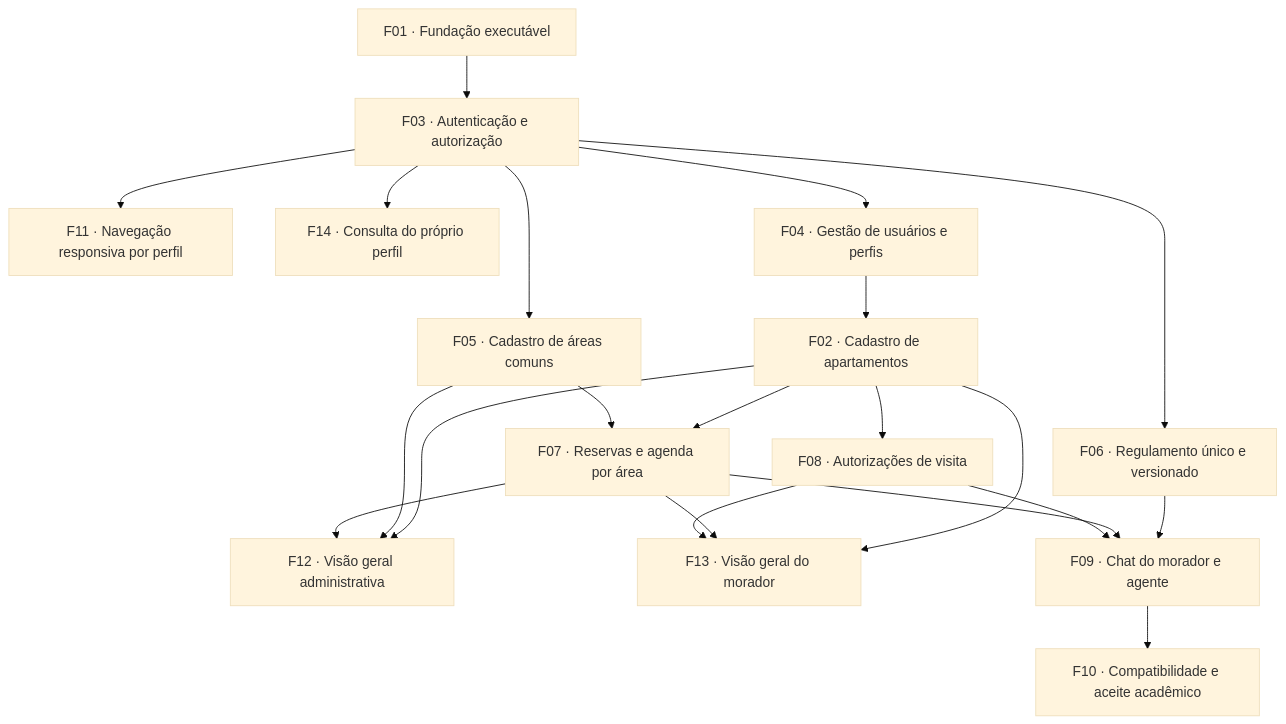
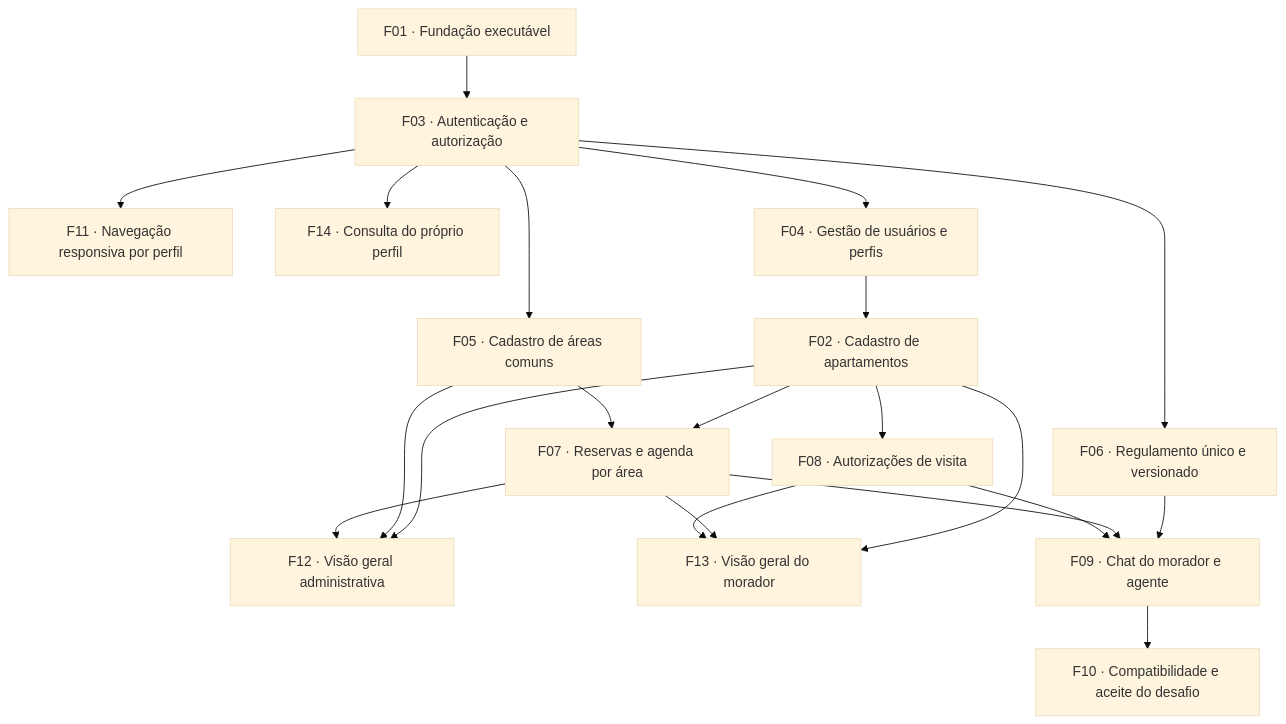
Before and after one commit to LucasBiason/mba-ia-desafio-criacao-agente: the diagram in docs/prd/index.md, drawn with Mermaid (base theme). The commit also changed other lines of this file and 493 other files, not shown here.

````diff
--- a/docs/prd/index.md
+++ b/docs/prd/index.md
@@ -141,37 +141,37 @@
 ```mermaid
 flowchart TD
     F11["F11 · Navegação responsiva por perfil"]
     F12["F12 · Visão geral administrativa"]
     F13["F13 · Visão geral do morador"]
     F14["F14 · Consulta do próprio perfil"]
     F01["F01 · Fundação executável"]
     F03["F03 · Autenticação e autorização"]
     F04["F04 · Gestão de usuários e perfis"]
     F05["F05 · Cadastro de áreas comuns"]
     F06["F06 · Regulamento único e versionado"]
     F02["F02 · Cadastro de apartamentos"]
     F07["F07 · Reservas e agenda por área"]
     F08["F08 · Autorizações de visita"]
     F09["F09 · Chat do morador e agente"]
-    F10["F10 · Compatibilidade e aceite acadêmico"]
+    F10["F10 · Compatibilidade e aceite do desafio"]
     F01 --> F03
     F03 --> F04
     F03 --> F05
     F03 --> F06
     F04 --> F02
     F02 --> F07
     F05 --> F07
     F02 --> F08
     F06 --> F09
     F07 --> F09
     F08 --> F09
     F09 --> F10
     F03 --> F14
     F02 --> F13
     F07 --> F13
     F08 --> F13
     F02 --> F12
     F05 --> F12
     F07 --> F12
     F03 --> F11
 ```
````
